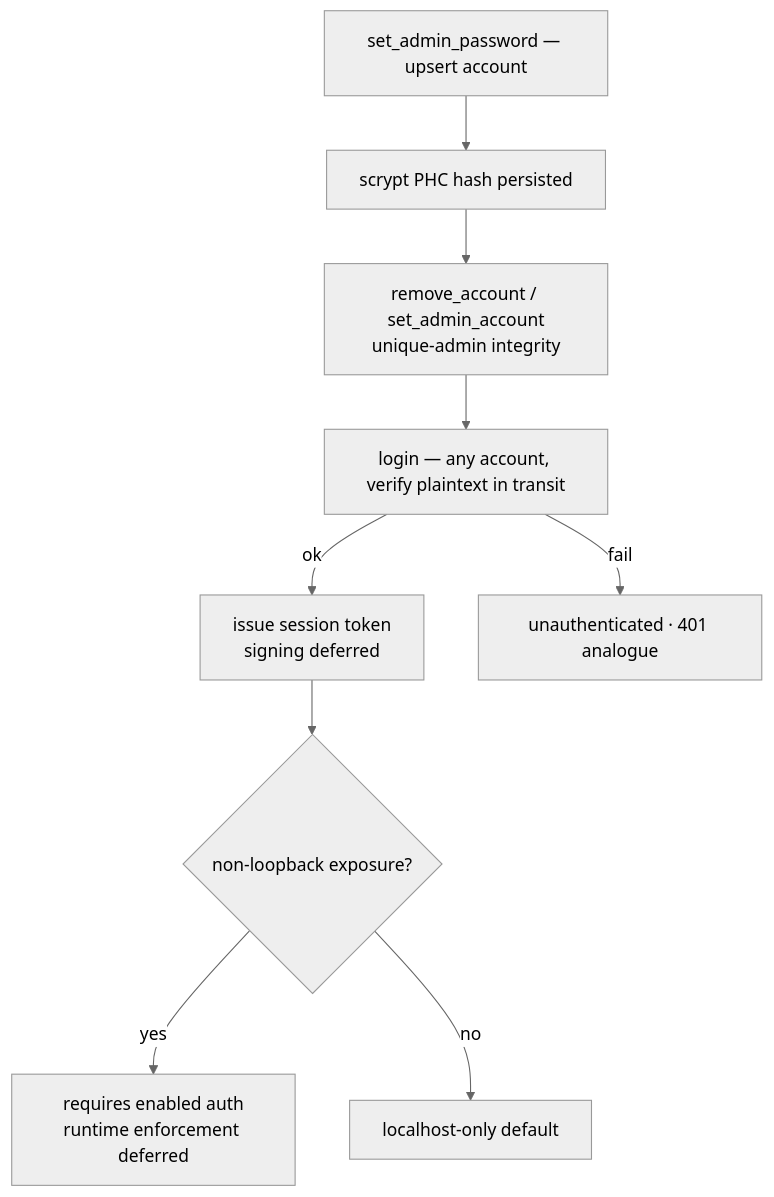
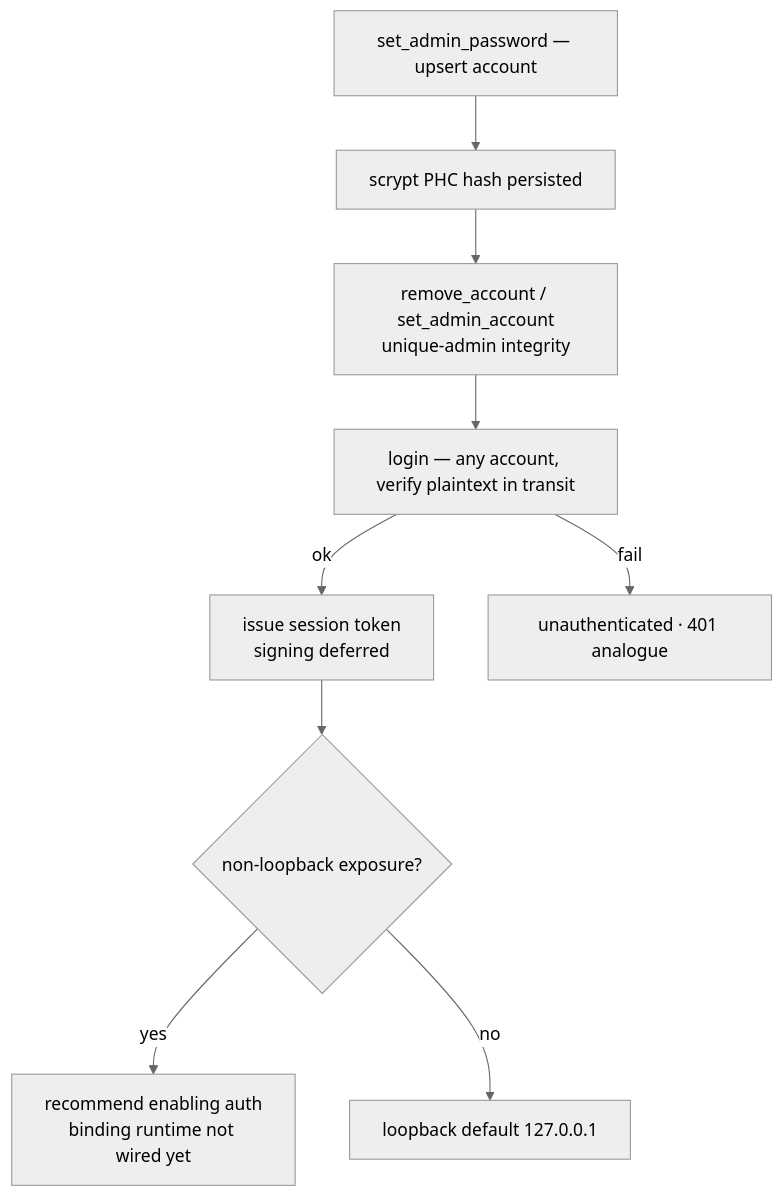
The diagram in doc/flows/flow-auth-login.md (sequencestream/c3), drawn with Mermaid (neutral theme) before and after one commit. The commit also changed other lines of this file and 17 other files, not shown here.

````diff
--- a/doc/flows/flow-auth-login.md
+++ b/doc/flows/flow-auth-login.md
@@ -17,11 +16,11 @@
 ```mermaid
 flowchart TD
     CFG[set_admin_password — upsert account] --> HASH[scrypt PHC hash persisted]
     HASH --> ADM[remove_account / set_admin_account<br/>unique-admin integrity]
     ADM --> LOGIN[login — any account, verify plaintext in transit]
     LOGIN -- ok --> TOK[issue session token<br/>signing deferred]
     LOGIN -- fail --> UA[unauthenticated · 401 analogue]
     TOK --> EXP{non-loopback exposure?}
-    EXP -- yes --> NEED[requires enabled auth<br/>runtime enforcement deferred]
-    EXP -- no --> LOOP[localhost-only default]
+    EXP -- yes --> NEED[recommend enabling auth<br/>binding runtime not wired yet]
+    EXP -- no --> LOOP[loopback default 127.0.0.1]
 ```
````
